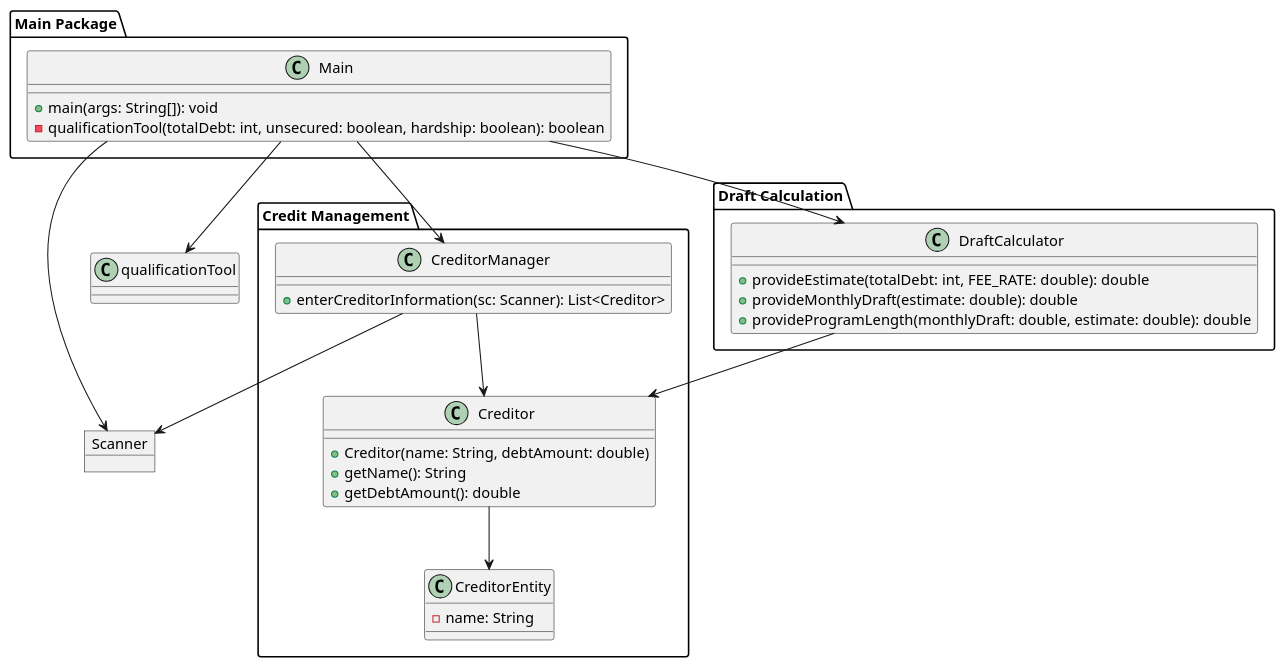
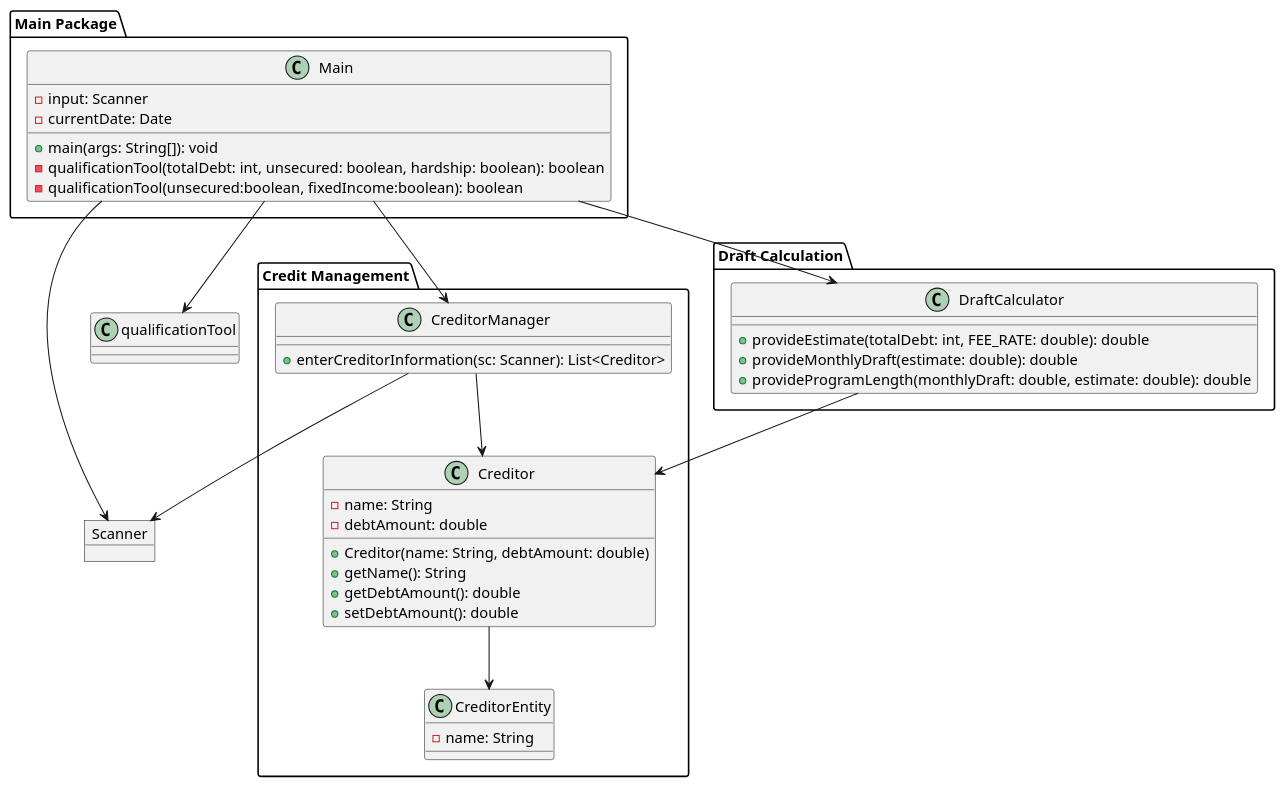
One commit to AlexSvobo/IS147-Project changed the diagram in UML Diagrams/Overview.puml. Above: the diagram before and after it, drawn with PlantUML. The commit also changed 24 other files, not shown here.

Commit message:
Updated JavaDocs UML

```diff
--- a/UML Diagrams/Overview.puml
+++ b/UML Diagrams/Overview.puml
@@ -1,45 +1,51 @@
 @startuml
 package "Main Package" {
     class Main {
+        -input: Scanner
+        -currentDate: Date
         + main(args: String[]): void
         - qualificationTool(totalDebt: int, unsecured: boolean, hardship: boolean): boolean
+        - qualificationTool(unsecured:boolean, fixedIncome:boolean): boolean
     }
 }
 
 package "Credit Management" {
     class CreditorManager {
         + enterCreditorInformation(sc: Scanner): List<Creditor>
     }
     class Creditor {
-        + Creditor(name: String, debtAmount: double)
-        + getName(): String
-        + getDebtAmount(): double
+        - name: String
+                - debtAmount: double
+                + Creditor(name: String, debtAmount: double)
+                + getName(): String
+                + getDebtAmount(): double
+                + setDebtAmount(): double
     }
     class CreditorEntity {
         - name: String
     }
 }
 
 package "Draft Calculation" {
     class DraftCalculator {
         + provideEstimate(totalDebt: int, FEE_RATE: double): double
         + provideMonthlyDraft(estimate: double): double
         + provideProgramLength(monthlyDraft: double, estimate: double): double
     }
 }
 
 object Scanner {
 }
 
 Main --> Scanner
 Main --> CreditorManager
 Main --> DraftCalculator
 Main --> qualificationTool
 
 CreditorManager --> Scanner
 CreditorManager --> Creditor
 Creditor --> CreditorEntity
 
 DraftCalculator --> Creditor
 
 @enduml
```
